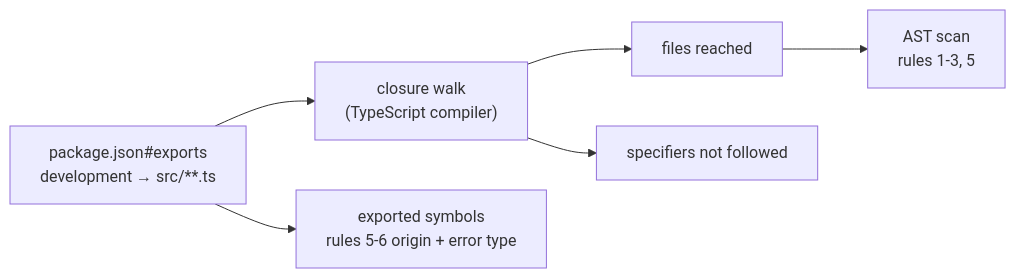
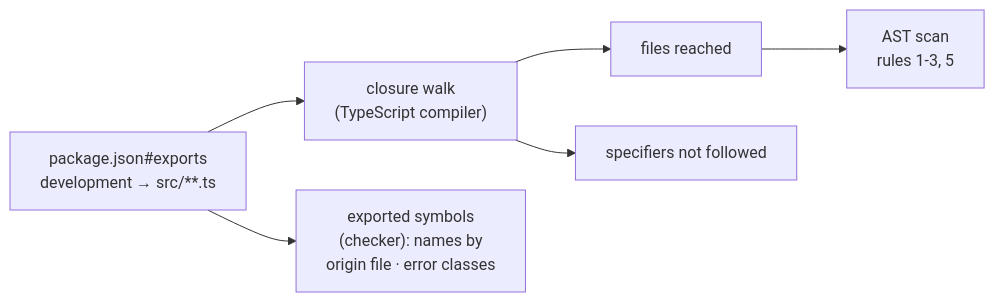
Before and after one commit to imoonkey/yaco: the diagram in doc/main/cli/exports.md, drawn with Mermaid. The commit also changed other lines of this file and 3 other files, not shown here.

````diff
--- a/doc/main/cli/exports.md
+++ b/doc/main/cli/exports.md
@@ -14,8 +17,8 @@
 ```mermaid
 flowchart LR
   M["package.json#exports<br/>development → src/**.ts"] --> W["closure walk<br/>(TypeScript compiler)"]
   W --> F["files reached"]
   W --> X["specifiers not followed"]
   F --> S["AST scan<br/>rules 1-3, 5"]
-  M --> N["exported symbols<br/>rules 5-6 origin + error type"]
+  M --> N["exported symbols<br/>(checker): names by<br/>origin file · error classes"]
 ```
````
